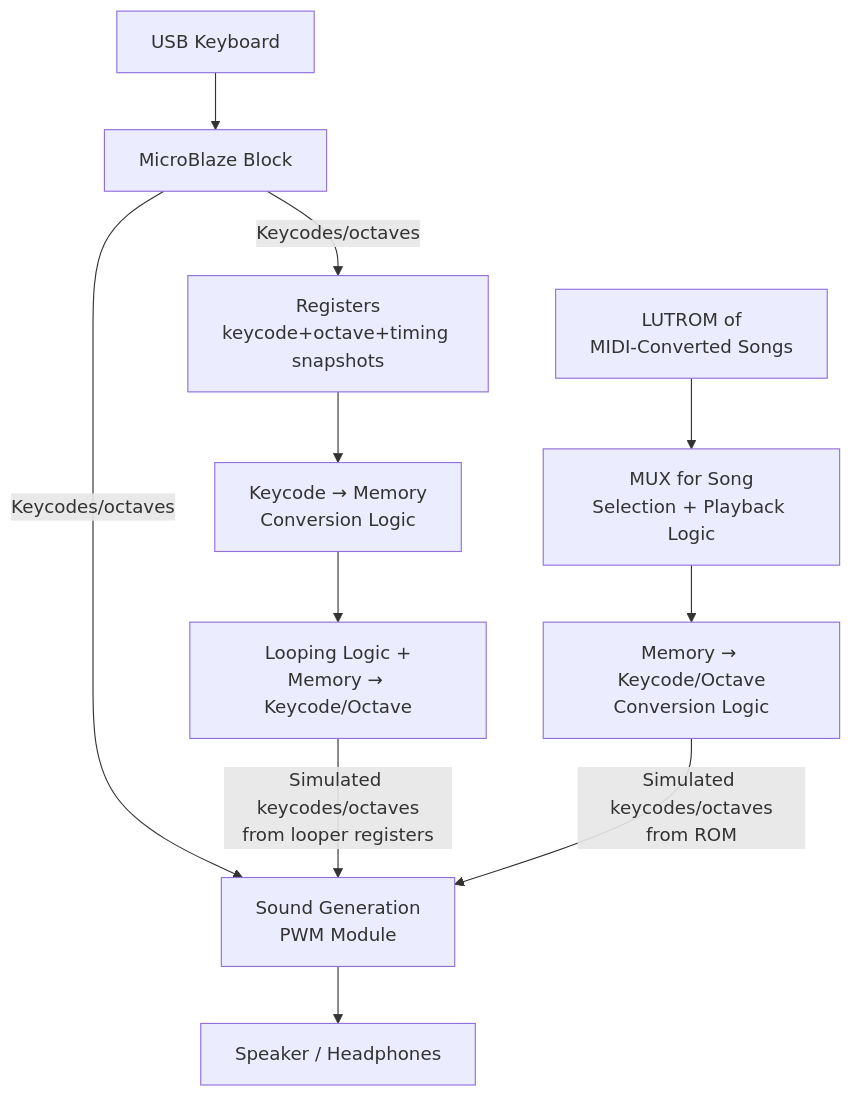
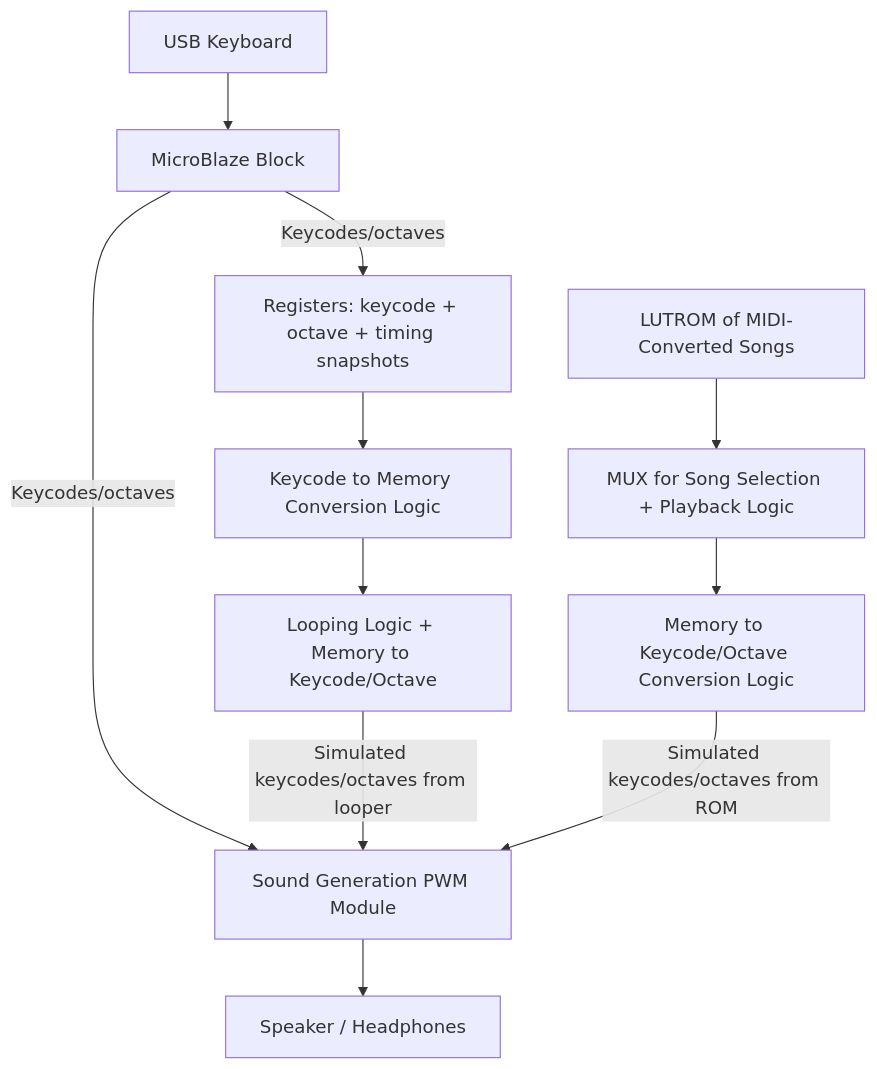
The first of 2 diagrams in README.md (springpachy/Polyphonic-Synth), drawn with Mermaid before and after one commit.

````diff
--- a/README.md
+++ b/README.md
@@ -20,17 +20,17 @@
 ```mermaid
 flowchart TD
     USB[USB Keyboard] --> MB[MicroBlaze Block]
 
-    MB -->|Keycodes/octaves| PWM[Sound Generation\nPWM Module]
-    MB -->|Keycodes/octaves| REG[Registers\nkeycode+octave+timing snapshots]
+    MB -->|Keycodes/octaves| PWM[Sound Generation PWM Module]
+    MB -->|Keycodes/octaves| REG[Registers: keycode + octave + timing snapshots]
 
-    REG --> KC2MEM[Keycode → Memory\nConversion Logic]
-    KC2MEM --> LOOP[Looping Logic +\nMemory → Keycode/Octave]
-    LOOP -->|Simulated keycodes/octaves\nfrom looper registers| PWM
+    REG --> KC2MEM[Keycode to Memory Conversion Logic]
+    KC2MEM --> LOOP[Looping Logic + Memory to Keycode/Octave]
+    LOOP -->|Simulated keycodes/octaves from looper| PWM
 
-    LUTROM[LUTROM of\nMIDI-Converted Songs] --> MUX[MUX for Song\nSelection + Playback Logic]
-    MUX --> MEM2KC[Memory → Keycode/Octave\nConversion Logic]
-    MEM2KC -->|Simulated keycodes/octaves\nfrom ROM| PWM
+    LUTROM[LUTROM of MIDI-Converted Songs] --> MUX[MUX for Song Selection + Playback Logic]
+    MUX --> MEM2KC[Memory to Keycode/Octave Conversion Logic]
+    MEM2KC -->|Simulated keycodes/octaves from ROM| PWM
 
     PWM --> SPK[Speaker / Headphones]
 ```
````
